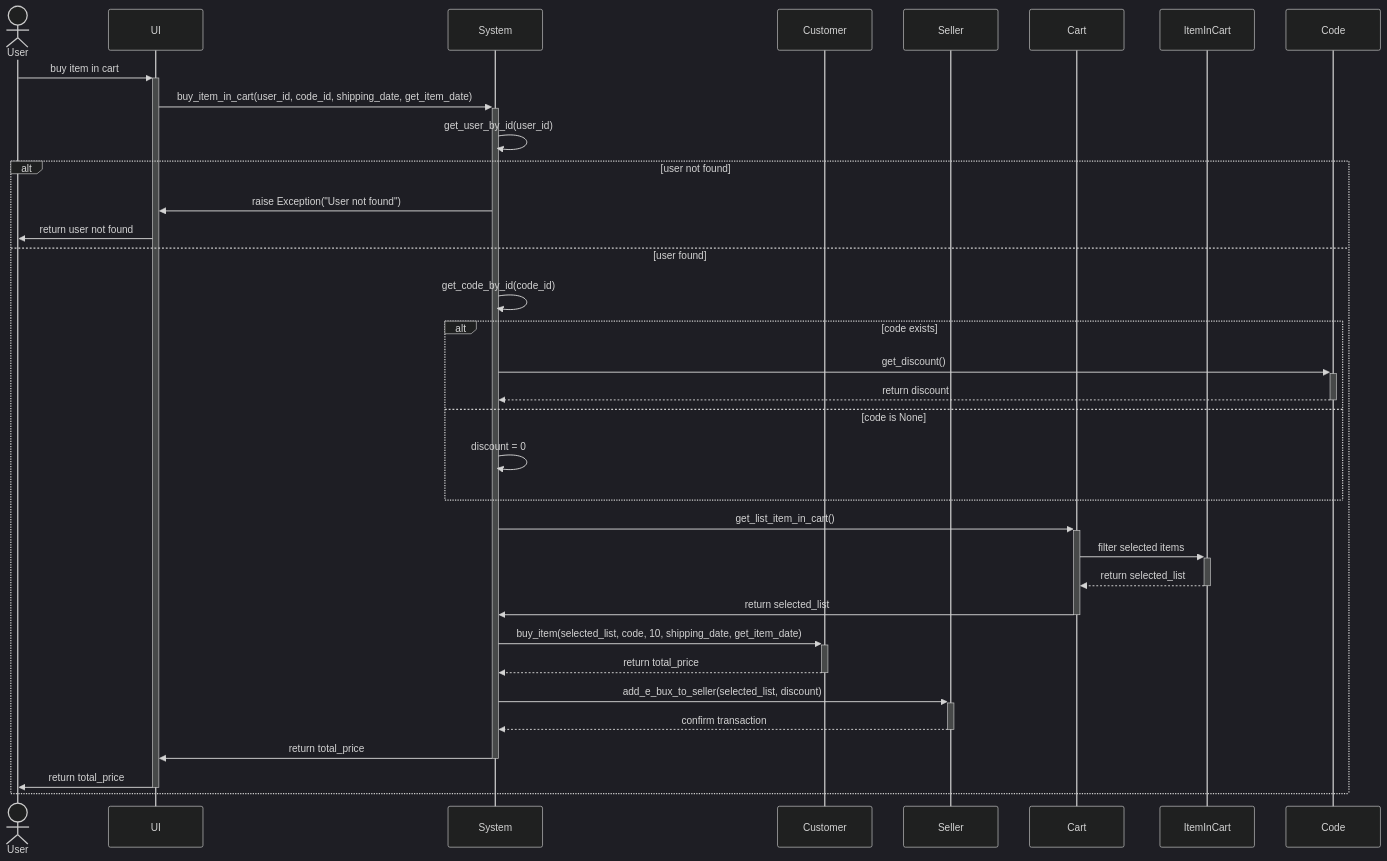
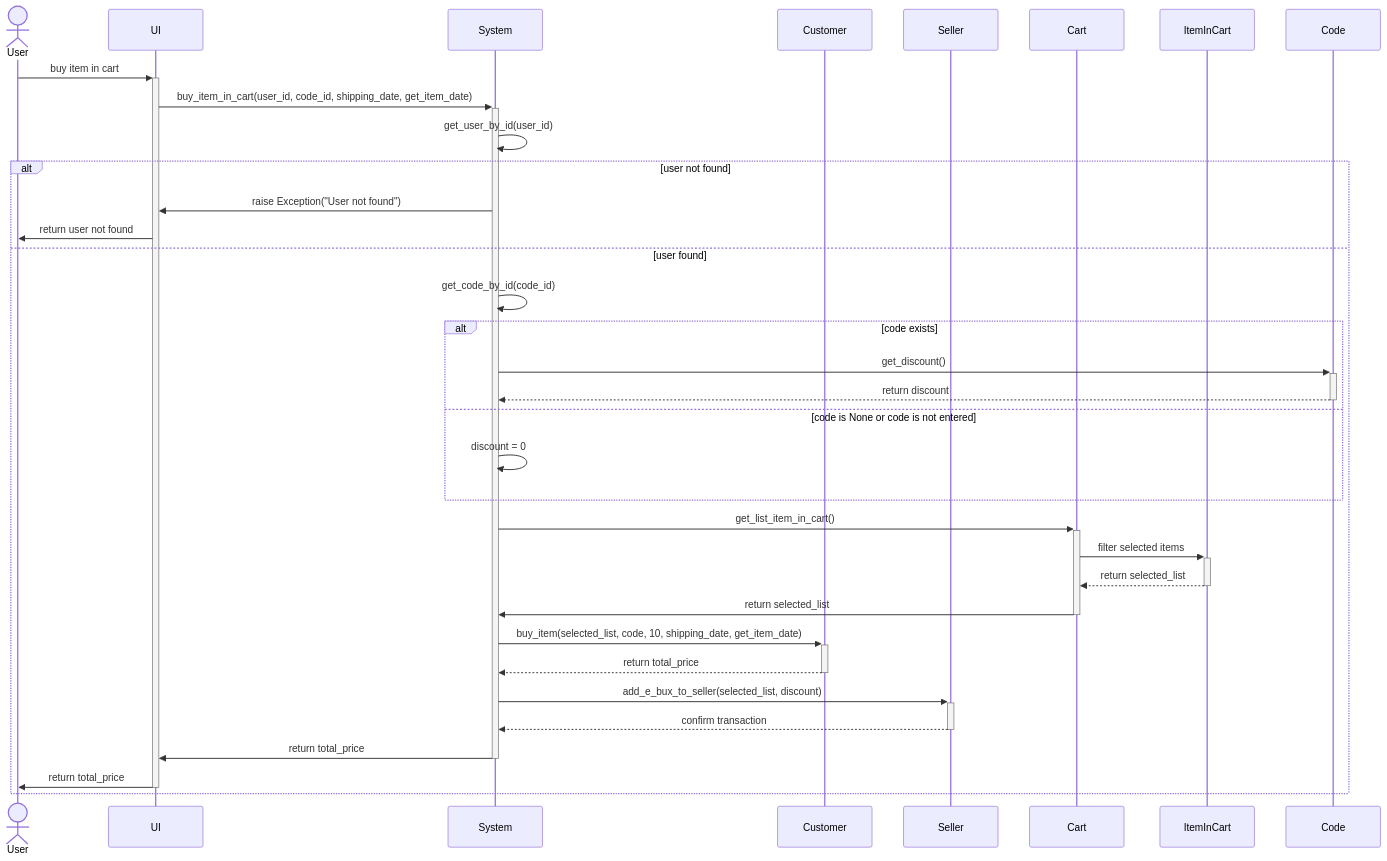
One commit to Bokutosimp/CE_OOP_PROJECT changed the diagram in diagram/sequence/payment_method.md. Above: the diagram before and after it, drawn with Mermaid.

Commit message:
update payment_method sequence diagram

````diff
--- a/diagram/sequence/payment_method.md
+++ b/diagram/sequence/payment_method.md
@@ -1,52 +1,50 @@
 ```mermaid
 ---
 config:
-  theme: dark
   look: classic
 ---
 
 sequenceDiagram
     actor User
     participant UI
     participant System
     participant Customer
     participant Seller
     participant Cart
     participant ItemInCart
     participant Code
 
     User ->>+ UI: buy item in cart
     UI ->>+ System: buy_item_in_cart(user_id, code_id, shipping_date, get_item_date)
 
     System ->> System: get_user_by_id(user_id)
     alt user not found
         System ->> UI: raise Exception("User not found")
         UI ->> User: return user not found
     else user found
         System ->> System: get_code_by_id(code_id)
         
         alt code exists
             System ->>+ Code: get_discount()
             Code -->>- System: return discount
-        else code is None
+        else code is None or code is not entered
             System ->> System: discount = 0
         end
-
+        
         System ->>+ Cart: get_list_item_in_cart()
         Cart ->>+ ItemInCart: filter selected items
         ItemInCart -->>- Cart: return selected_list
         Cart ->>- System: return selected_list
+        
         
         System ->>+ Customer: buy_item(selected_list, code, 10, shipping_date, get_item_date)
         Customer -->>- System: return total_price
         
         System ->>+ Seller: add_e_bux_to_seller(selected_list, discount)
         Seller -->>- System: confirm transaction
         
         System ->>- UI: return total_price
         UI ->>- User: return total_price
     end
 
-
-
 ```
````
